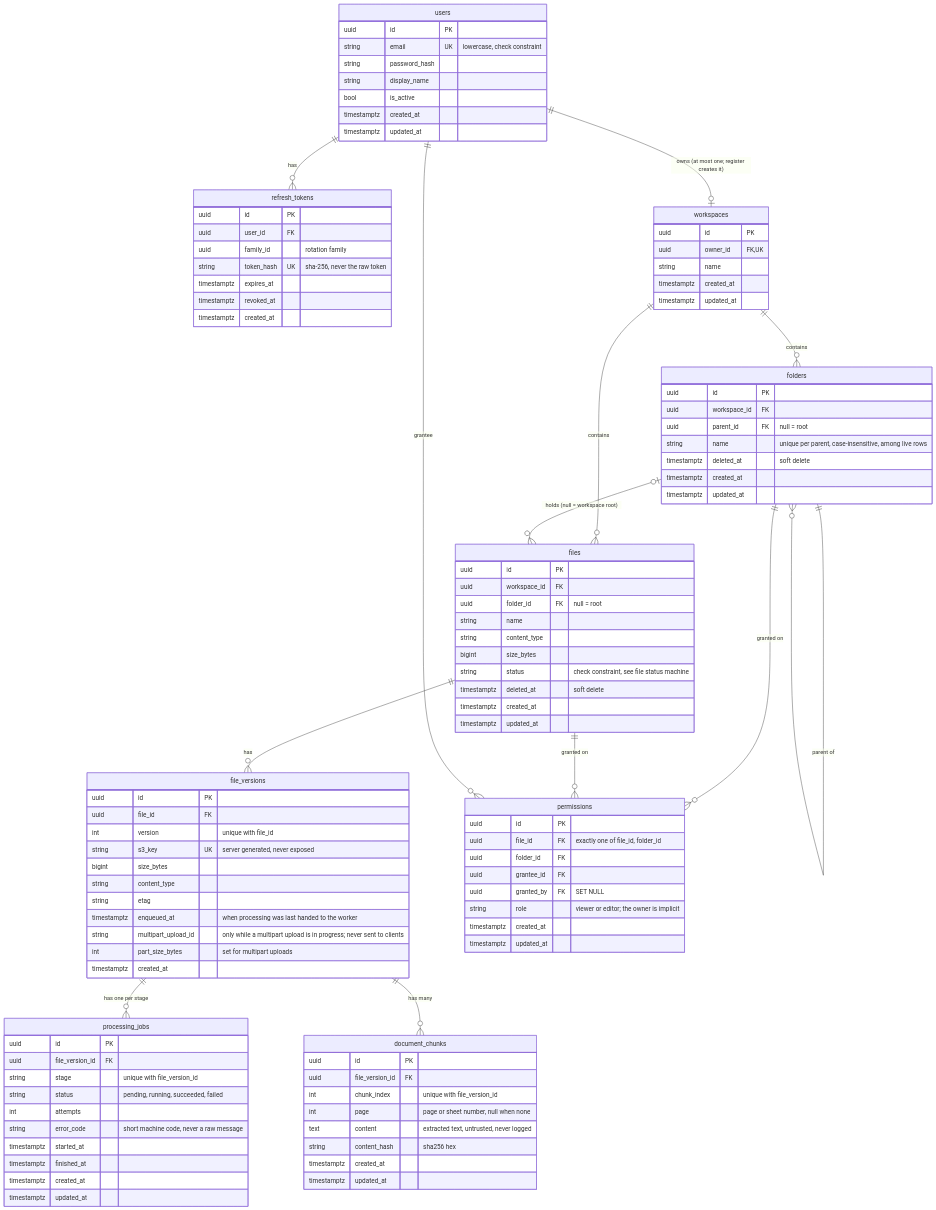
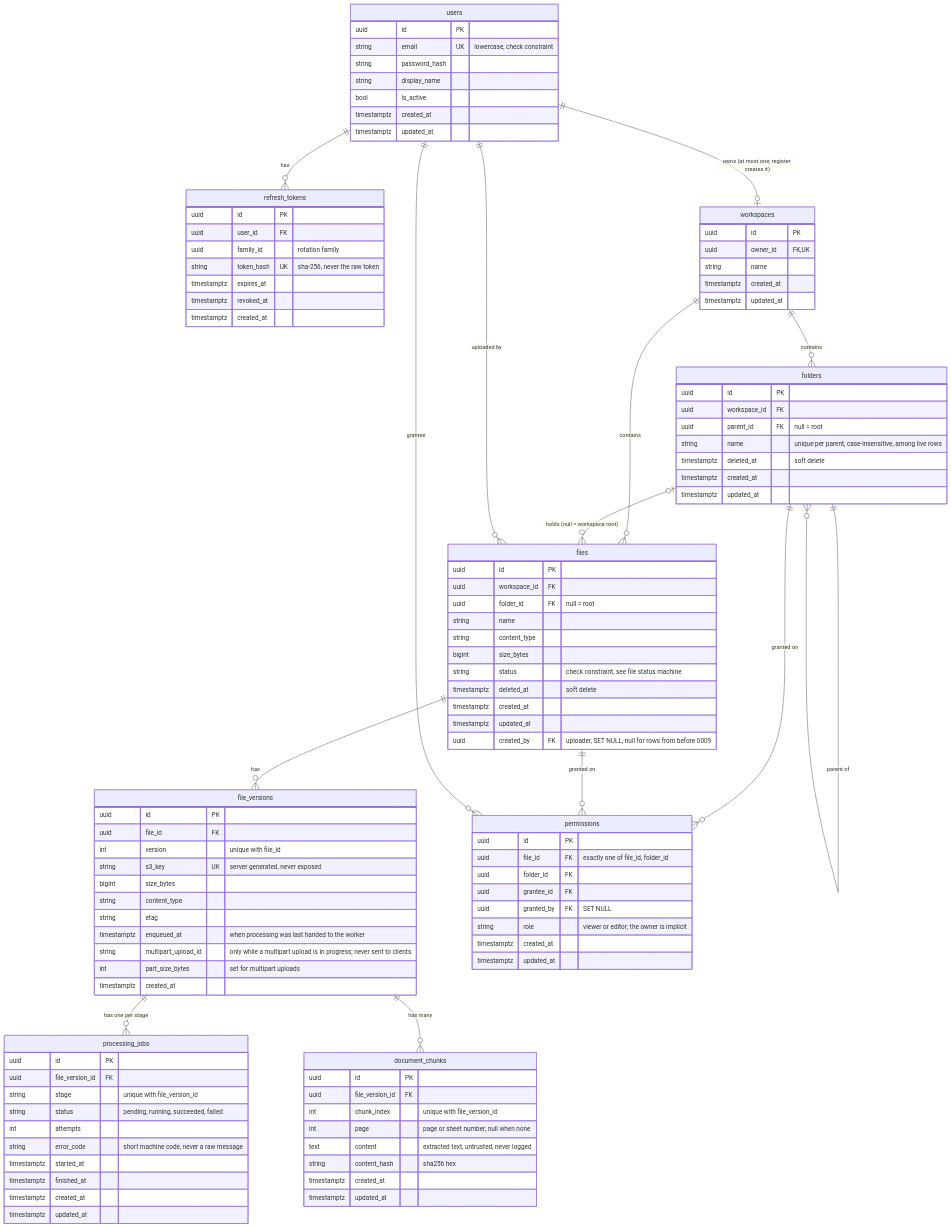
One commit to manan-77/clouddrop changed the diagram in docs/er-diagram.md. Above: the diagram before and after it, drawn with Mermaid. The commit also changed 11 other files, not shown here.

```diff
--- a/docs/er-diagram.md
+++ b/docs/er-diagram.md
@@ -16,6 +16,7 @@
     folders ||--o{ permissions : "granted on"
     files ||--o{ permissions : "granted on"
     users ||--o{ permissions : "grantee"
+    users ||--o{ files : "uploaded by"
 
     users {
         uuid id PK
@@ -62,6 +63,7 @@
         timestamptz deleted_at "soft delete"
         timestamptz created_at
         timestamptz updated_at
+            uuid created_by FK "uploader, SET NULL; null for rows from before 0009"
     }
     file_versions {
         uuid id PK
```
